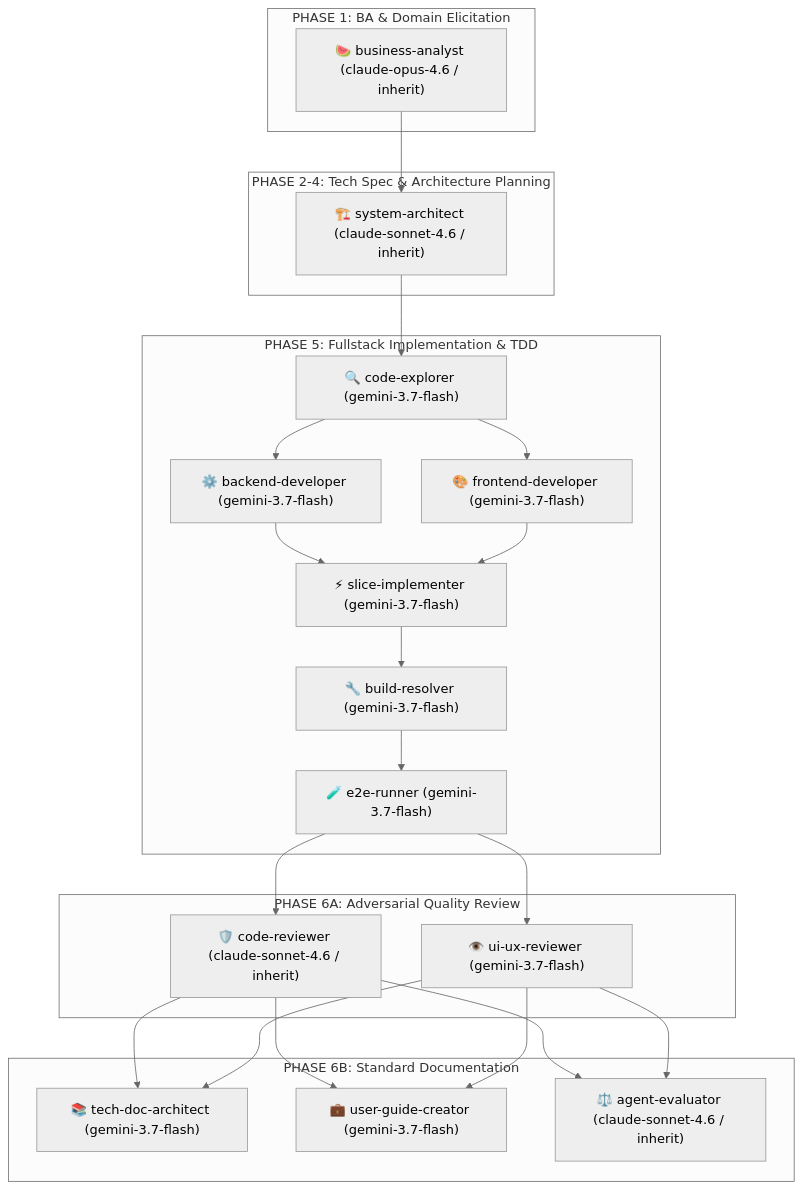
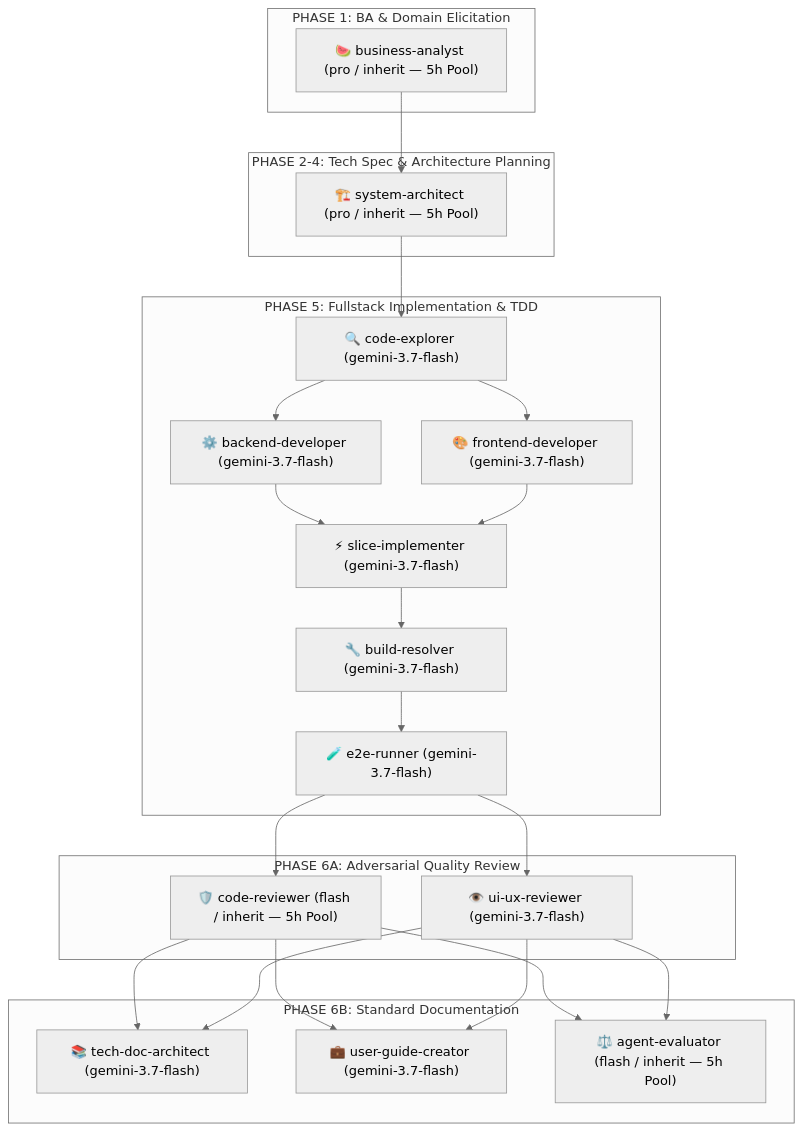
Before and after one commit to ahauy/WordStreak: the diagram in .agents/AGENTS.md, drawn with Mermaid (neutral theme). The commit also changed other lines of this file and 9 other files, not shown here.

````diff
--- a/.agents/AGENTS.md
+++ b/.agents/AGENTS.md
@@ -9,48 +9,48 @@
 ```mermaid
 graph TD
     subgraph P1 ["PHASE 1: BA & Domain Elicitation"]
-        BA["🍉 business-analyst (claude-opus-4.6 / inherit)"]
+        BA["🍉 business-analyst (pro / inherit — 5h Pool)"]
     end
 
     subgraph P2 ["PHASE 2-4: Tech Spec & Architecture Planning"]
-        SA["🏗️ system-architect (claude-sonnet-4.6 / inherit)"]
+        SA["🏗️ system-architect (pro / inherit — 5h Pool)"]
     end
 
     subgraph P5 ["PHASE 5: Fullstack Implementation & TDD"]
         CE["🔍 code-explorer (gemini-3.7-flash)"]
         BE["⚙️ backend-developer (gemini-3.7-flash)"]
         FE["🎨 frontend-developer (gemini-3.7-flash)"]
         SI["⚡ slice-implementer (gemini-3.7-flash)"]
         BR["🔧 build-resolver (gemini-3.7-flash)"]
         E2E["🧪 e2e-runner (gemini-3.7-flash)"]
 
         CE --> BE
         CE --> FE
         BE --> SI
         FE --> SI
         SI --> BR
         BR --> E2E
     end
 
     subgraph P6A ["PHASE 6A: Adversarial Quality Review"]
-        CR["🛡️ code-reviewer (claude-sonnet-4.6 / inherit)"]
+        CR["🛡️ code-reviewer (flash / inherit — 5h Pool)"]
         UR["👁️ ui-ux-reviewer (gemini-3.7-flash)"]
     end
 
     subgraph P6B ["PHASE 6B: Standard Documentation"]
         TD["📚 tech-doc-architect (gemini-3.7-flash)"]
         UG["💼 user-guide-creator (gemini-3.7-flash)"]
-        AE["⚖️ agent-evaluator (claude-sonnet-4.6 / inherit)"]
+        AE["⚖️ agent-evaluator (flash / inherit — 5h Pool)"]
     end
 
     BA --> SA
     SA --> CE
     E2E --> CR
     E2E --> UR
     CR --> TD
     CR --> UG
     CR --> AE
     UR --> TD
     UR --> UG
     UR --> AE
 ```
````
